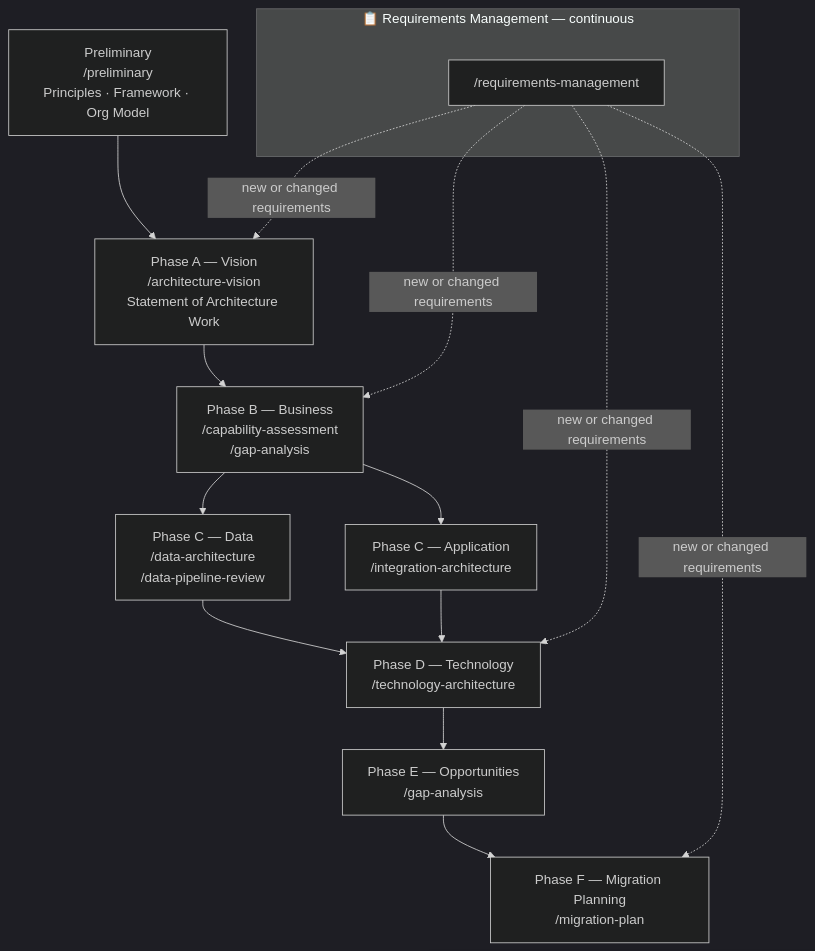
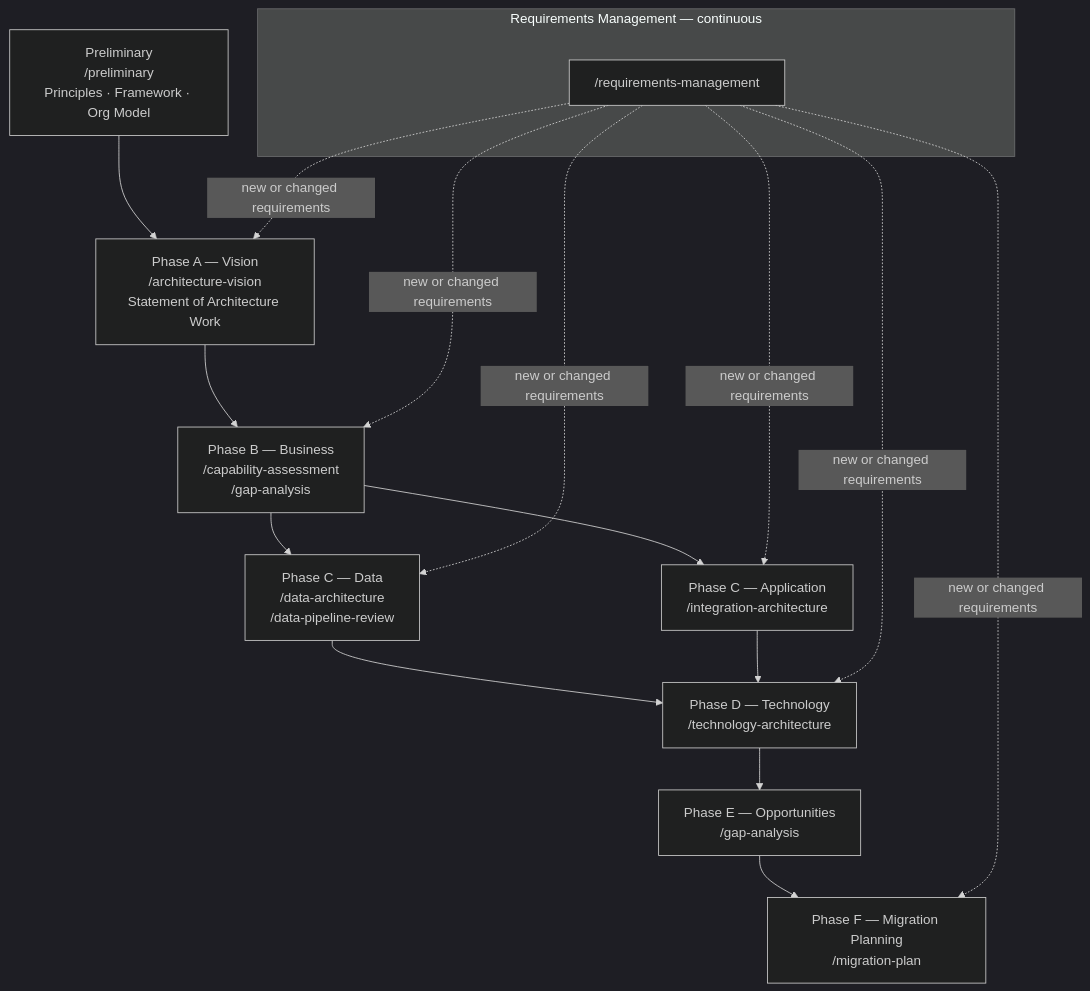
Before and after one commit to nclsprsn/architect-claude: the first of 4 diagrams in README.md, drawn with Mermaid (dark theme). The commit also changed other lines of this file, not shown here.

First line of the commit message:
📝 Fix Architect Workflow section — diagrams and intro

````diff
--- a/README.md
+++ b/README.md
@@ -221,19 +221,21 @@
 ```mermaid
 flowchart TD
-    subgraph RM["📋 Requirements Management — continuous"]
+    subgraph RM["Requirements Management — continuous"]
         rm["/requirements-management"]
     end
     pre["Preliminary<br>/preliminary<br>Principles · Framework · Org Model"] --> va
     va["Phase A — Vision<br>/architecture-vision<br>Statement of Architecture Work"] --> vb
     vb["Phase B — Business<br>/capability-assessment<br>/gap-analysis"] --> vc_d
     vb --> vc_a
     vc_d["Phase C — Data<br>/data-architecture<br>/data-pipeline-review"] --> vd
     vc_a["Phase C — Application<br>/integration-architecture"] --> vd
     vd["Phase D — Technology<br>/technology-architecture"] --> ve
     ve["Phase E — Opportunities<br>/gap-analysis"] --> vf
     vf["Phase F — Migration Planning<br>/migration-plan"]
     rm -.->|"new or changed requirements"| va
     rm -.->|"new or changed requirements"| vb
+    rm -.->|"new or changed requirements"| vc_d
+    rm -.->|"new or changed requirements"| vc_a
     rm -.->|"new or changed requirements"| vd
     rm -.->|"new or changed requirements"| vf
 ```
````
